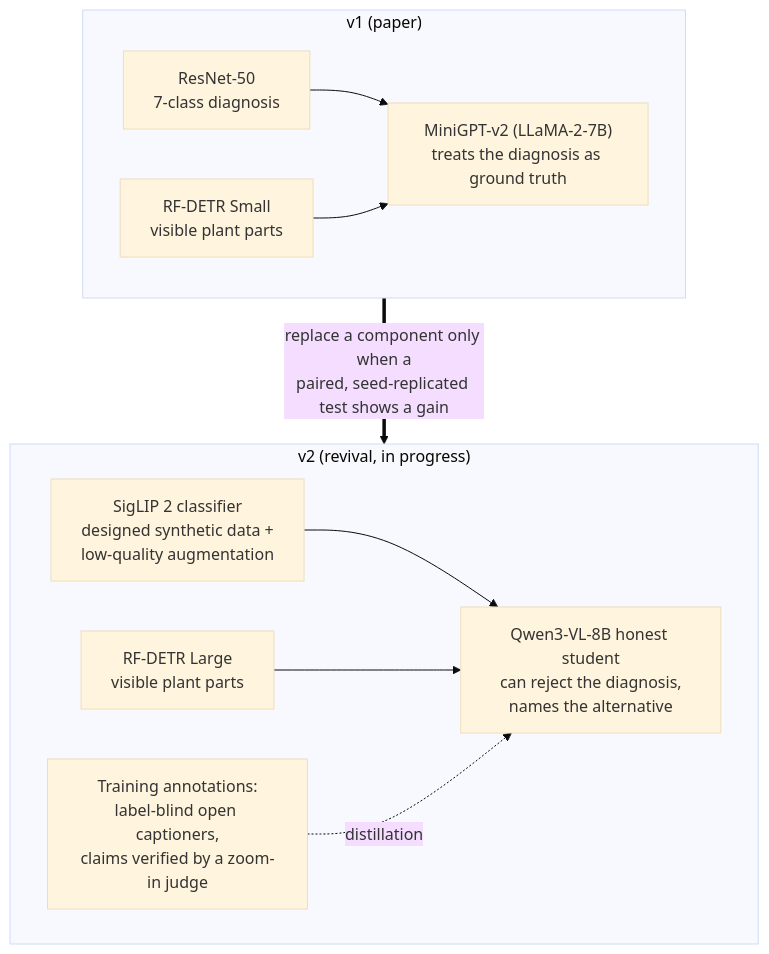
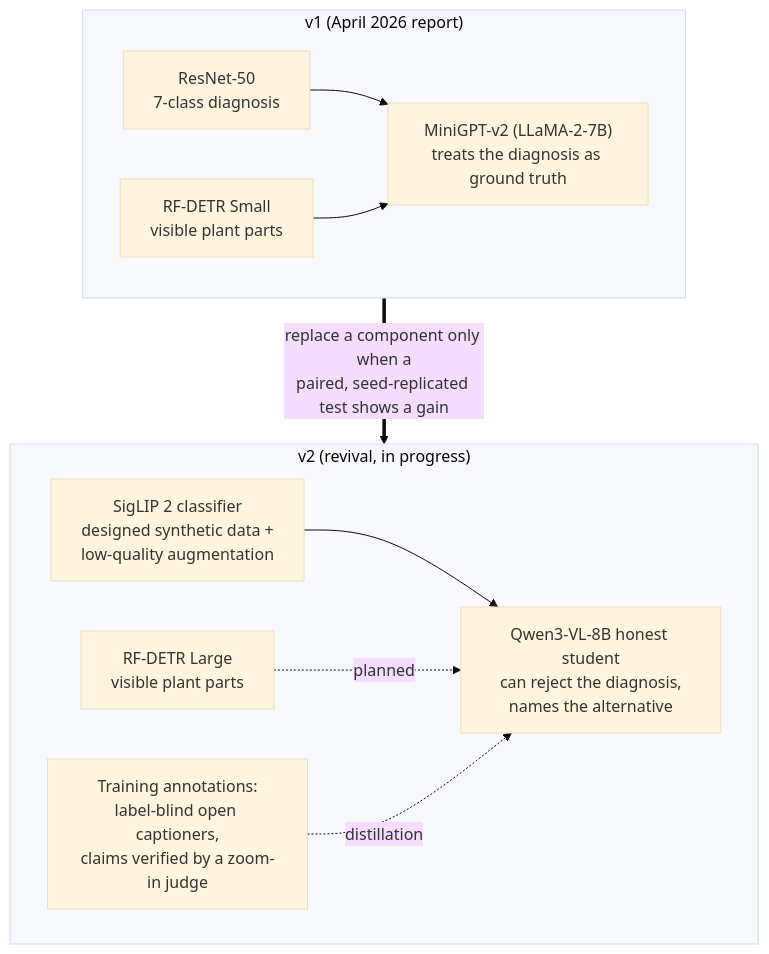
The diagram in README.md (greatroboticslab/AGAI), drawn with Mermaid (base theme) before and after one commit. The commit also changed other lines of this file and 2 other files, not shown here.

````diff
--- a/README.md
+++ b/README.md
@@ -51,13 +51,13 @@
 ```mermaid
 flowchart TB
-    subgraph V1["v1 (paper)"]
+    subgraph V1["v1 (April 2026 report)"]
         a1["ResNet-50<br/>7-class diagnosis"] --> a3["MiniGPT-v2 (LLaMA-2-7B)<br/>treats the diagnosis as ground truth"]
         a2["RF-DETR Small<br/>visible plant parts"] --> a3
     end
     subgraph V2["v2 (revival, in progress)"]
         b1["SigLIP 2 classifier<br/>designed synthetic data +<br/>low-quality augmentation"] --> b3["Qwen3-VL-8B honest student<br/>can reject the diagnosis,<br/>names the alternative"]
-        b2["RF-DETR Large<br/>visible plant parts"] --> b3
+        b2["RF-DETR Large<br/>visible plant parts"] -.->|"planned"| b3
         b4["Training annotations:<br/>label-blind open captioners,<br/>claims verified by a zoom-in judge"] -.->|distillation| b3
     end
     V1 ==>|"replace a component only when a<br/>paired, seed-replicated test shows a gain"| V2
 ```
````
